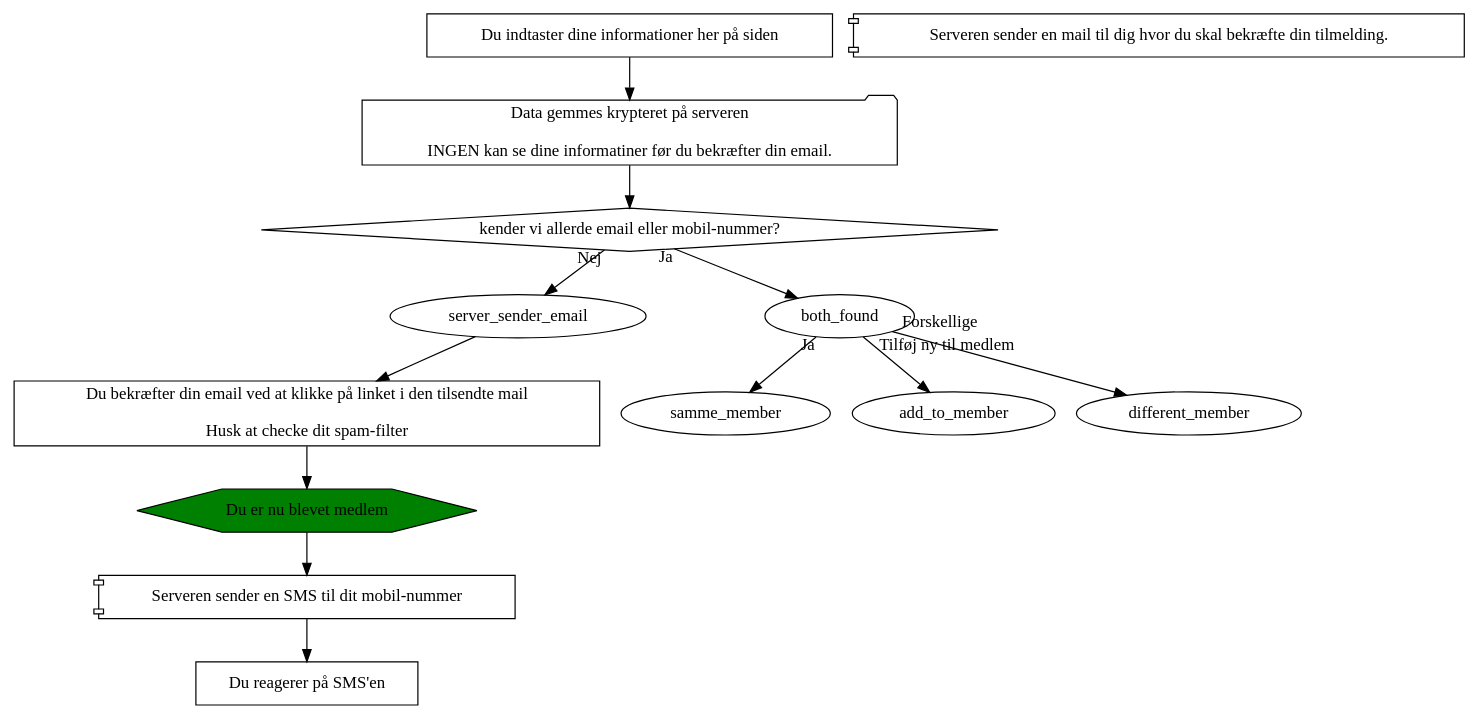
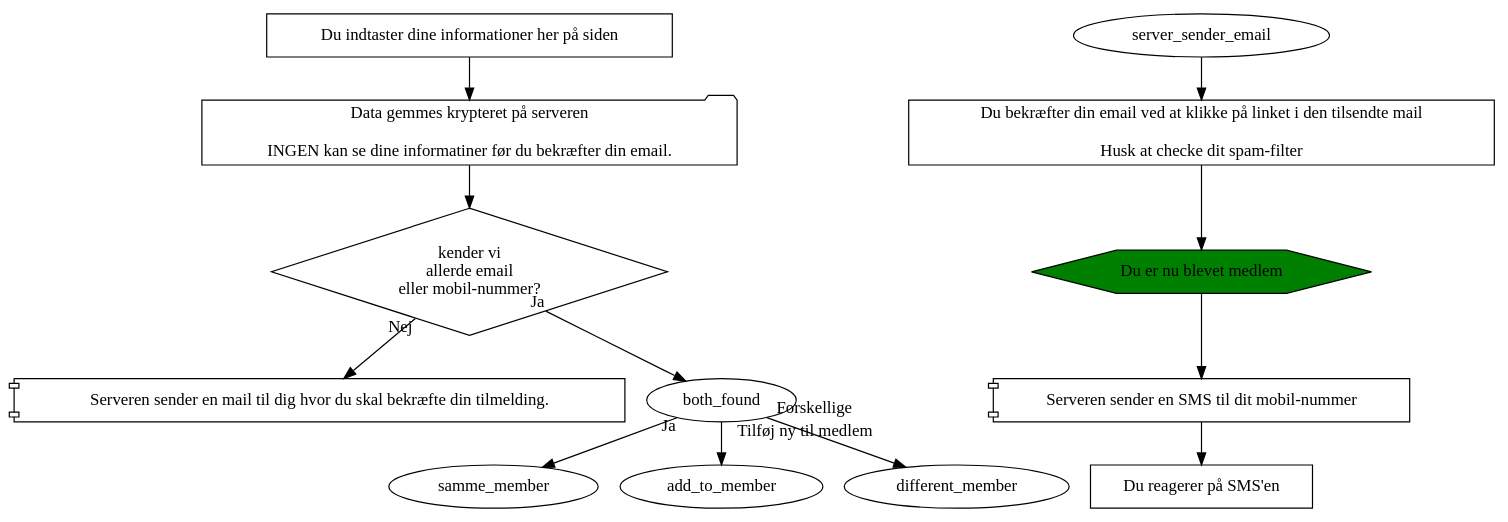
Before and after one commit to alslug/alslug.dk: the diagram in medlemskab/indmeldelse.dot, drawn with Graphviz.

```diff
--- a/medlemskab/indmeldelse.dot
+++ b/medlemskab/indmeldelse.dot
@@ -1,17 +1,17 @@
 digraph indmeldelse {
   indtast                [shape=box       label="Du indtaster dine informationer her på siden"];
   send_tilmelding        [shape=folder    label="Data gemmes krypteret på serveren\n\nINGEN kan se dine informatiner før du bekræfter din email."];
-  findes_allerede        [shape=diamond   label="kender vi allerde email eller mobil-nummer?"];
+  findes_allerede        [shape=diamond   label="kender vi\nallerde email\neller mobil-nummer?"];
 
   server_sender_ny_email [shape=component label="Serveren sender en mail til dig hvor du skal bekræfte din tilmelding."];
   confirm_email          [shape=box       label="Du bekræfter din email ved at klikke på linket i den tilsendte mail\n\nHusk at checke dit spam-filter"];
   du_biver_medlem        [shape=hexagon   label="Du er nu blevet medlem" style=filled fillcolor=green ];
   server_sender_sms      [shape=component label="Serveren sender en SMS til dit mobil-nummer"];
   confirm_sms            [shape=box       label="Du reagerer på SMS'en"];
   
   indtast -> send_tilmelding -> findes_allerede;
-                                findes_allerede -> server_sender_email [taillabel="Nej"];  server_sender_email -> confirm_email -> du_biver_medlem -> server_sender_sms -> confirm_sms;
-                                findes_allerede -> both_found          [taillabel="Ja"];   both_found -> samme_member     [taillabel="Ja"];
-                                                                                           both_found -> add_to_member    [taillabel="Tilføj ny til medlem"]
-                                                                                           both_found -> different_member [taillabel="Forskellige"];
+                                findes_allerede -> server_sender_ny_email [taillabel="Nej"];  server_sender_email -> confirm_email -> du_biver_medlem -> server_sender_sms -> confirm_sms;
+                                findes_allerede -> both_found             [taillabel="Ja"];   both_found -> samme_member     [taillabel="Ja"];
+                                                                                              both_found -> add_to_member    [taillabel="Tilføj ny til medlem"]
+                                                                                              both_found -> different_member [taillabel="Forskellige"];
 }
```
